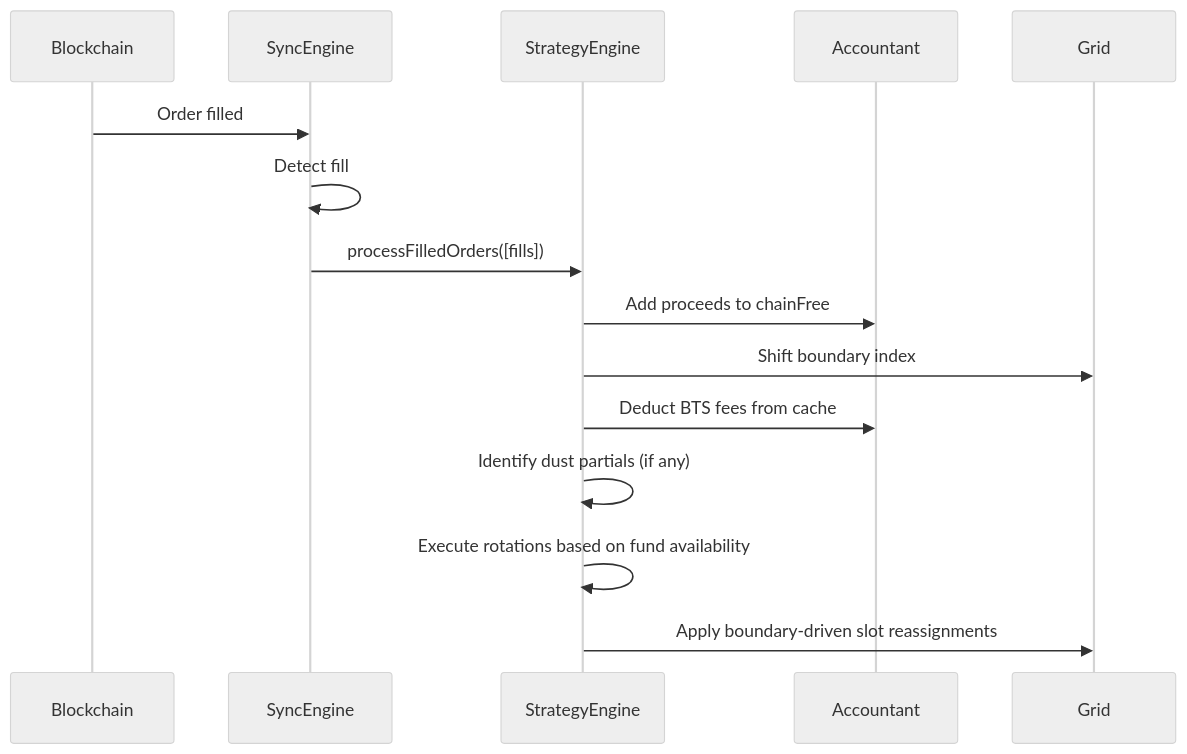
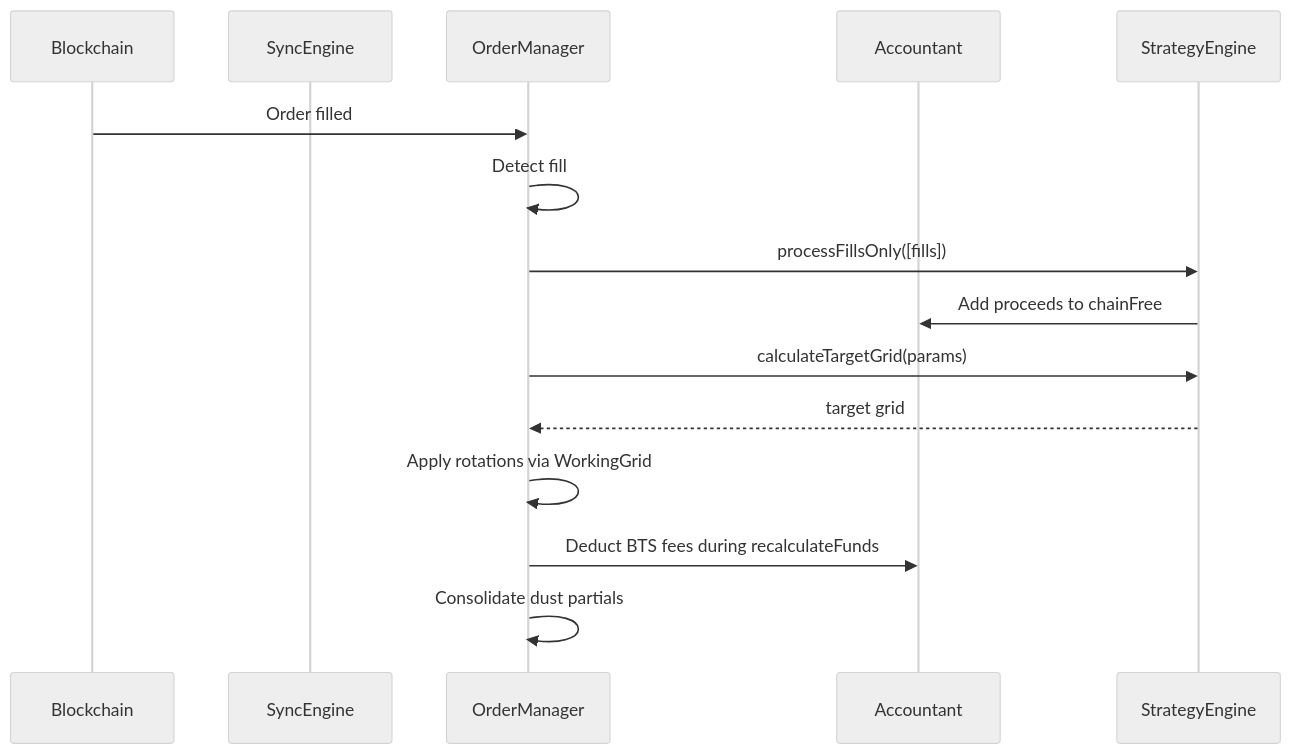
Before and after one commit to technologiespro/DEXBot2: the eighth of 13 diagrams in docs/architecture.md, drawn with Mermaid (neutral theme). The commit also changed other lines of this file and 19 other files, not shown here.

First line of the commit message:
docs: comprehensive documentation sweep — fix stale refs, stats, and architecture drift

````diff
--- a/docs/architecture.md
+++ b/docs/architecture.md
@@ -902,20 +900,20 @@
 ```mermaid
 sequenceDiagram
     participant Chain as Blockchain
     participant Sync as SyncEngine
+    participant Mgr as OrderManager
+    participant Acct as Accountant
     participant Strat as StrategyEngine
-    participant Acct as Accountant
-    participant Grid as Grid
 
-    Chain->>Sync: Order filled
-    Sync->>Sync: Detect fill
-    Sync->>Strat: processFilledOrders([fills])
+    Chain->>Mgr: Order filled
+    Mgr->>Mgr: Detect fill
+    Mgr->>Strat: processFillsOnly([fills])
 
     Strat->>Acct: Add proceeds to chainFree
 
-    Strat->>Grid: Shift boundary index
-    Strat->>Acct: Deduct BTS fees from cache
-    Strat->>Strat: Identify dust partials (if any)
-    Strat->>Strat: Execute rotations based on fund availability
-    Strat->>Grid: Apply boundary-driven slot reassignments
+    Mgr->>Strat: calculateTargetGrid(params)
+    Strat-->>Mgr: target grid
+    Mgr->>Mgr: Apply rotations via WorkingGrid
+    Mgr->>Acct: Deduct BTS fees during recalculateFunds
+    Mgr->>Mgr: Consolidate dust partials
 ```
````
